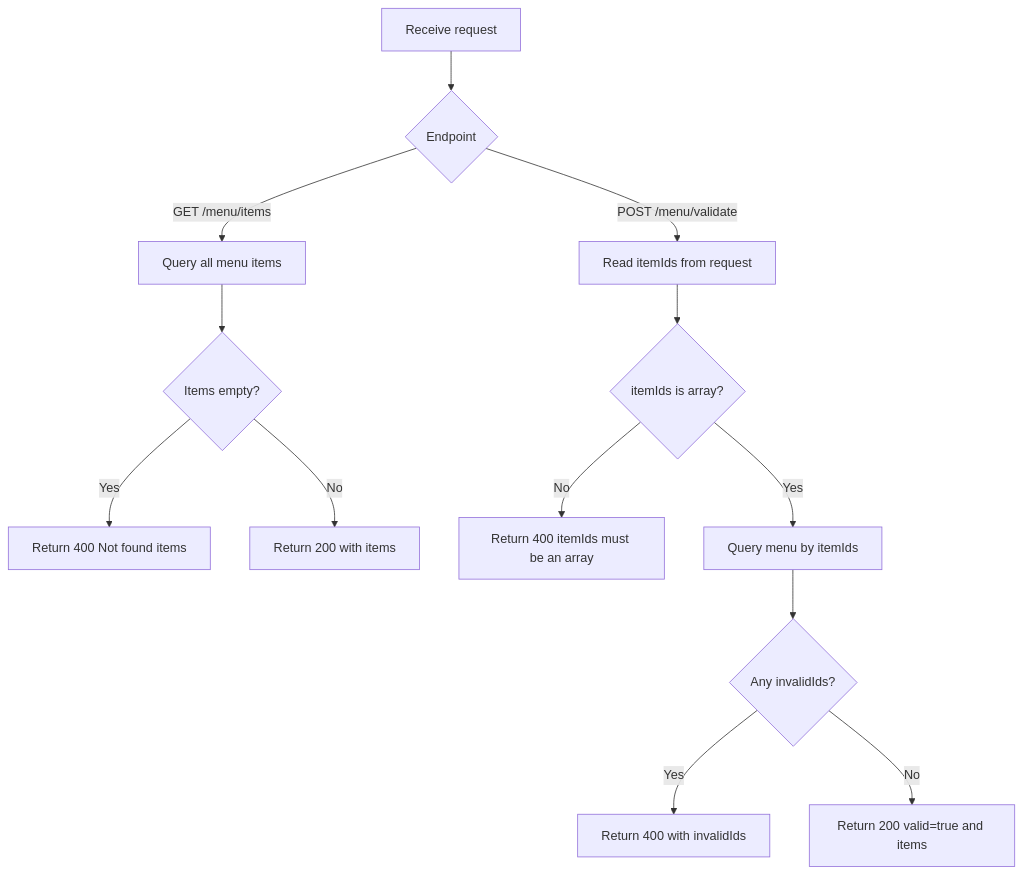
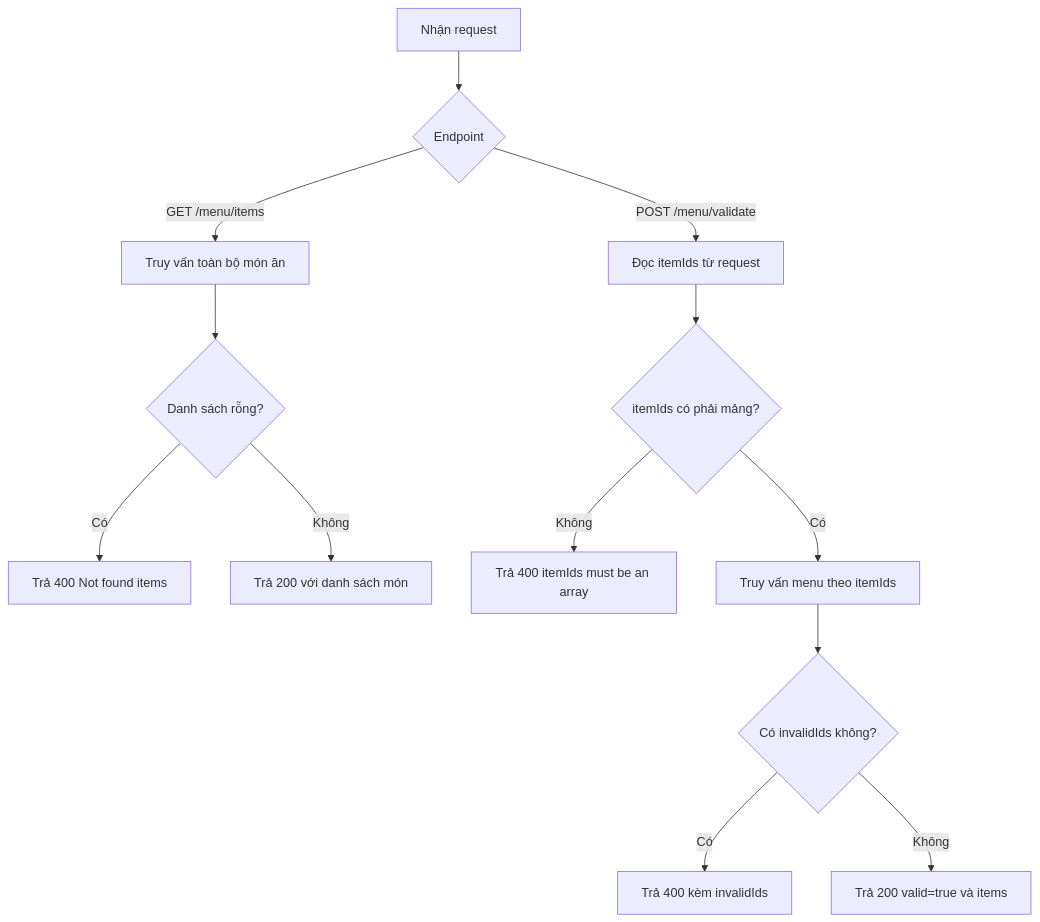
The third of 6 diagrams in docs/analysis-and-design.md (Dung1409/mid---proj), drawn with Mermaid before and after one commit. The commit also changed other lines of this file, not shown here.

````diff
--- a/docs/analysis-and-design.md
+++ b/docs/analysis-and-design.md
@@ -251,16 +251,16 @@
 ```mermaid
 flowchart TD
-    A[Receive request] --> B{Endpoint}
-    B -->|GET /menu/items| C[Query all menu items]
-    C --> D{Items empty?}
-    D -->|Yes| E[Return 400 Not found items]
-    D -->|No| F[Return 200 with items]
+    A[Nhận request] --> B{Endpoint}
+    B -->|GET /menu/items| C[Truy vấn toàn bộ món ăn]
+    C --> D{Danh sách rỗng?}
+    D -->|Có| E[Trả 400 Not found items]
+    D -->|Không| F[Trả 200 với danh sách món]
 
-    B -->|POST /menu/validate| G[Read itemIds from request]
-    G --> H{itemIds is array?}
-    H -->|No| I[Return 400 itemIds must be an array]
-    H -->|Yes| J[Query menu by itemIds]
-    J --> K{Any invalidIds?}
-    K -->|Yes| L[Return 400 with invalidIds]
-    K -->|No| M[Return 200 valid=true and items]
+    B -->|POST /menu/validate| G[Đọc itemIds từ request]
+    G --> H{itemIds có phải mảng?}
+    H -->|Không| I[Trả 400 itemIds must be an array]
+    H -->|Có| J[Truy vấn menu theo itemIds]
+    J --> K{Có invalidIds không?}
+    K -->|Có| L[Trả 400 kèm invalidIds]
+    K -->|Không| M[Trả 200 valid=true và items]
 ```
````
